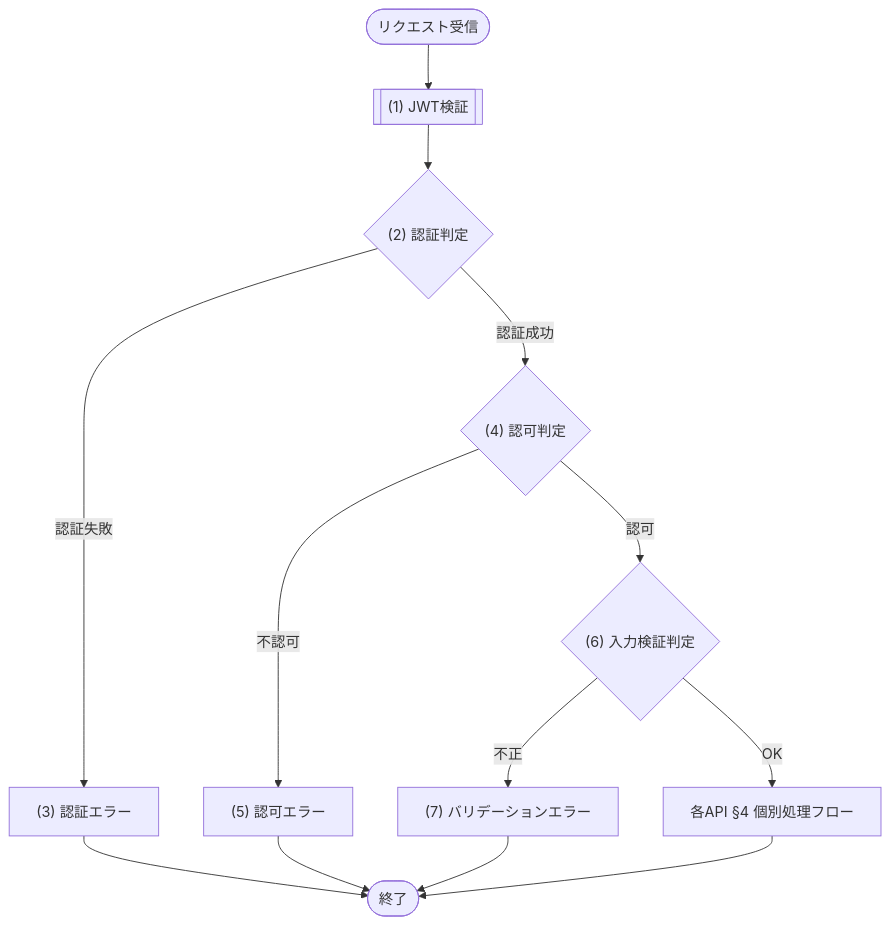
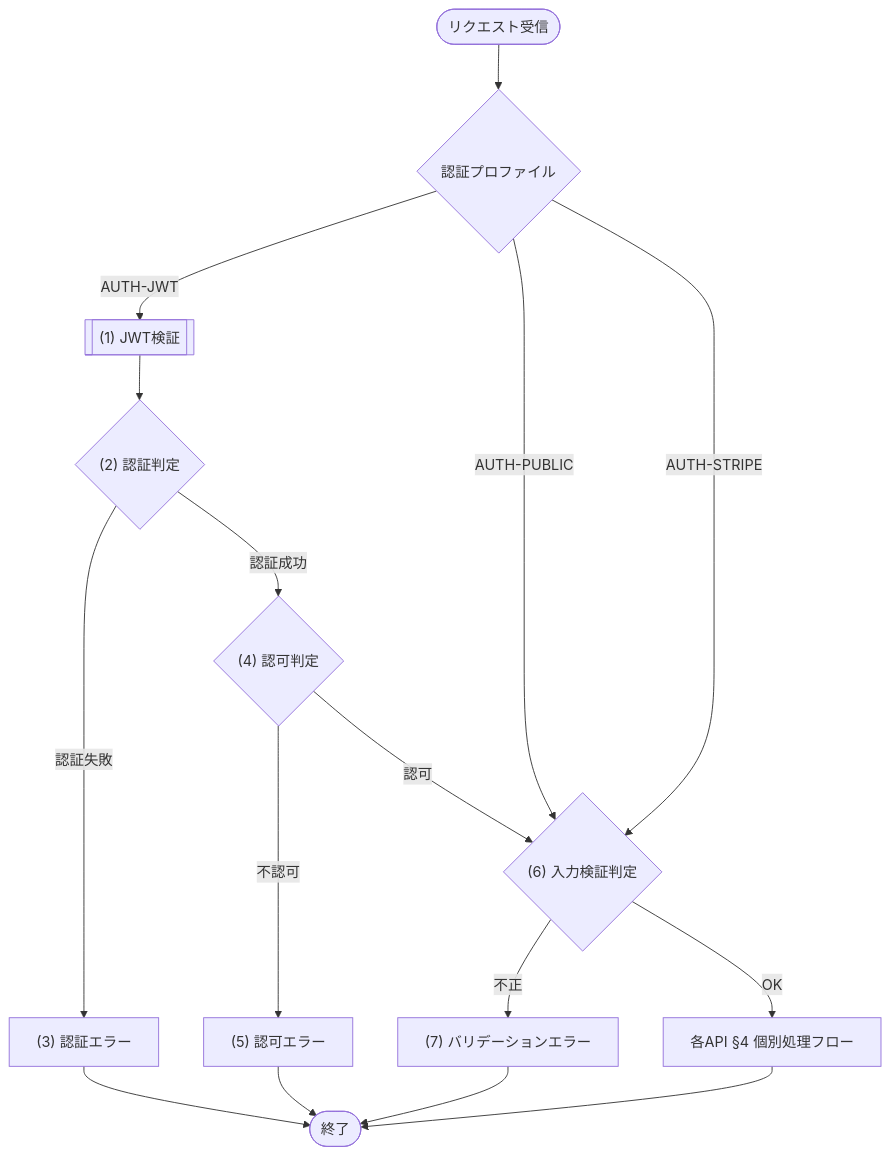
One commit to sikakou54/system-document-template changed the diagram in docs/03_機能設計/04_API設計/API-COM_共通設計.md. Above: the diagram before and after it, drawn with Mermaid. The commit also changed other lines of this file and 55 other files, not shown here.

````diff
--- a/docs/03_機能設計/04_API設計/API-COM_共通設計.md
+++ b/docs/03_機能設計/04_API設計/API-COM_共通設計.md
@@ -100,21 +126,25 @@
 ```mermaid
 flowchart TD
   Start([リクエスト受信])
+  D0{"認証プロファイル"}
   P1[["(1) JWT検証"]]
   D1{"(2) 認証判定"}
   E1["(3) 認証エラー"]
   D2{"(4) 認可判定"}
   E2["(5) 認可エラー"]
   D3{"(6) 入力検証判定"}
   E6["(7) バリデーションエラー"]
   Body["各API §4 個別処理フロー"]
   End([終了])
 
-  Start --> P1 --> D1
+  Start --> D0
+  D0 -- "AUTH-JWT" --> P1 --> D1
+  D0 -- "AUTH-PUBLIC" --> D3
+  D0 -- "AUTH-STRIPE" --> D3
   D1 -- "認証失敗" --> E1 --> End
   D1 -- "認証成功" --> D2
   D2 -- "不認可" --> E2 --> End
   D2 -- "認可" --> D3
   D3 -- "不正" --> E6 --> End
   D3 -- "OK" --> Body --> End
 ```
````
